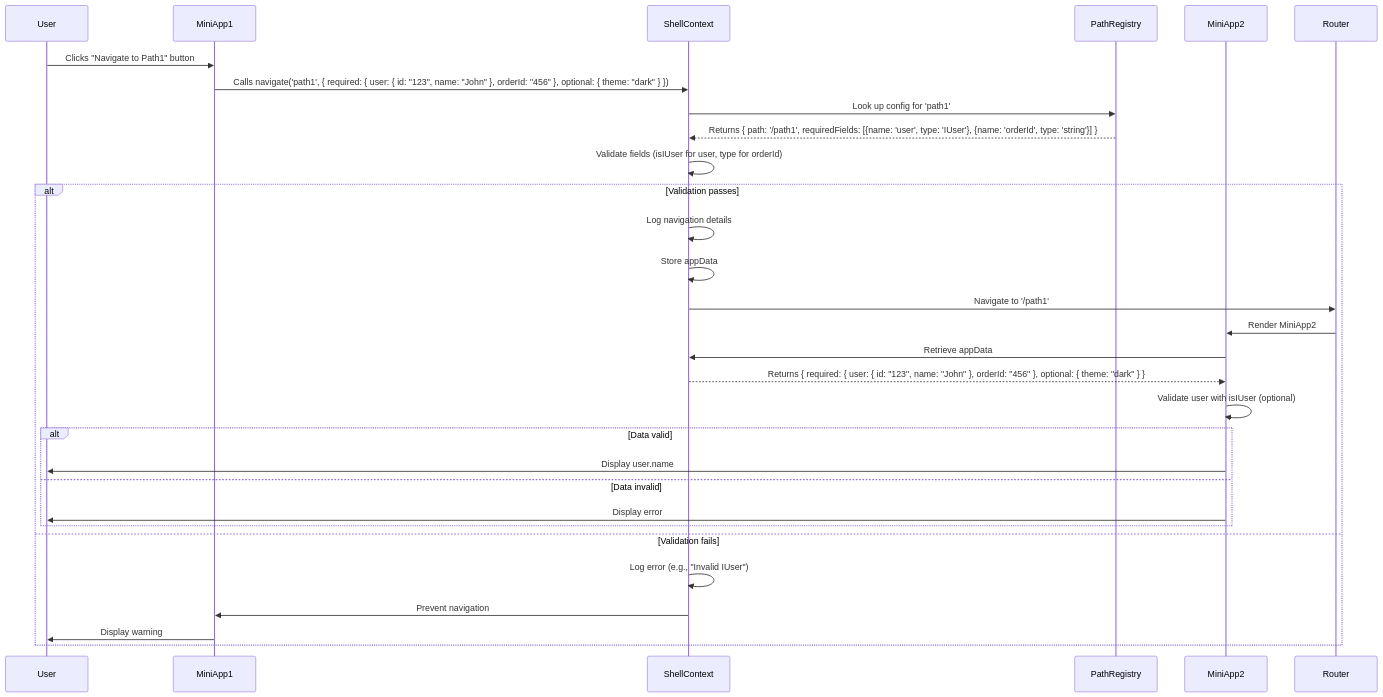
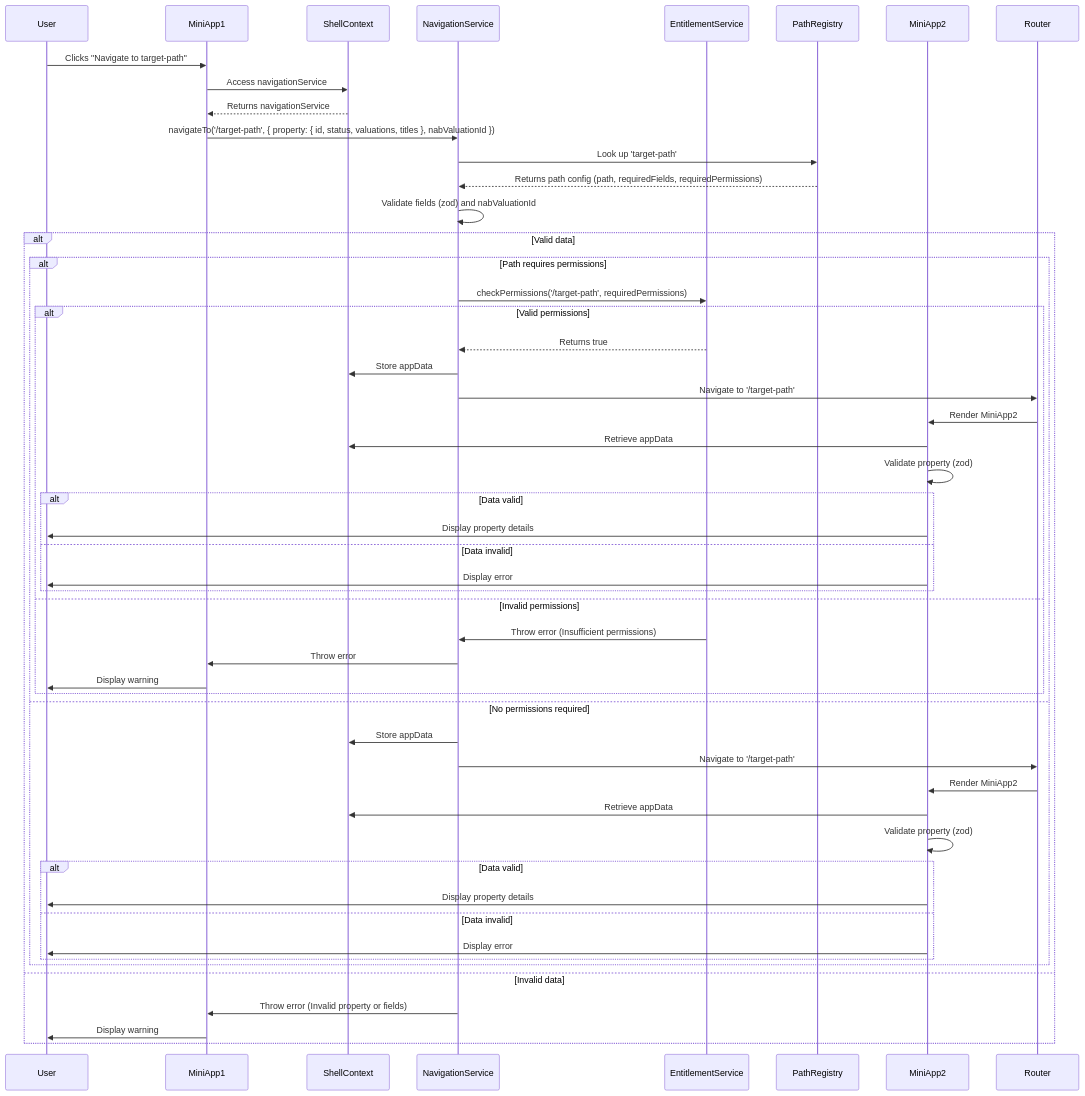
The diagram in designs/react/implement-details.md (tuankhanld49/all-docs), drawn with Mermaid before and after one commit. The commit also changed other lines of this file, not shown here.

````diff
--- a/designs/react/implement-details.md
+++ b/designs/react/implement-details.md
@@ -352,36 +11,56 @@
 ```mermaid
 sequenceDiagram
     participant User
     participant MiniApp1
     participant ShellContext
+    participant NavigationService
+    participant EntitlementService
     participant PathRegistry
     participant MiniApp2
     participant Router
 
-    User->>MiniApp1: Clicks "Navigate to Path1" button
-    MiniApp1->>ShellContext: Calls navigate('path1', { required: { user: { id: "123", name: "John" }, orderId: "456" }, optional: { theme: "dark" } })
+    User->>MiniApp1: Clicks "Navigate to target-path"
+    MiniApp1->>ShellContext: Access navigationService
+    ShellContext-->>MiniApp1: Returns navigationService
+    MiniApp1->>NavigationService: navigateTo('/target-path', { property: { id, status, valuations, titles }, nabValuationId })
     
-    ShellContext->>PathRegistry: Look up config for 'path1'
-    PathRegistry-->>ShellContext: Returns { path: '/path1', requiredFields: [{name: 'user', type: 'IUser'}, {name: 'orderId', type: 'string'}] }
-    
-    ShellContext->>ShellContext: Validate fields (isIUser for user, type for orderId)
-    alt Validation passes
-        ShellContext->>ShellContext: Log navigation details
-        ShellContext->>ShellContext: Store appData
-        ShellContext->>Router: Navigate to '/path1'
-        
-        Router->>MiniApp2: Render MiniApp2
-        MiniApp2->>ShellContext: Retrieve appData
-        ShellContext-->>MiniApp2: Returns { required: { user: { id: "123", name: "John" }, orderId: "456" }, optional: { theme: "dark" } }
-        MiniApp2->>MiniApp2: Validate user with isIUser (optional)
-        alt Data valid
-            MiniApp2->>User: Display user.name
-        else Data invalid
-            MiniApp2->>User: Display error
+    NavigationService->>PathRegistry: Look up 'target-path'
+    PathRegistry-->>NavigationService: Returns path config (path, requiredFields, requiredPermissions)
+    NavigationService->>NavigationService: Validate fields (zod) and nabValuationId
+    alt Valid data
+        alt Path requires permissions
+            NavigationService->>EntitlementService: checkPermissions('/target-path', requiredPermissions)
+            alt Valid permissions
+                EntitlementService-->>NavigationService: Returns true
+                NavigationService->>ShellContext: Store appData
+                NavigationService->>Router: Navigate to '/target-path'
+                Router->>MiniApp2: Render MiniApp2
+                MiniApp2->>ShellContext: Retrieve appData
+                MiniApp2->>MiniApp2: Validate property (zod)
+                alt Data valid
+                    MiniApp2->>User: Display property details
+                else Data invalid
+                    MiniApp2->>User: Display error
+                end
+            else Invalid permissions
+                EntitlementService->>NavigationService: Throw error (Insufficient permissions)
+                NavigationService->>MiniApp1: Throw error
+                MiniApp1->>User: Display warning
+            end
+        else No permissions required
+            NavigationService->>ShellContext: Store appData
+            NavigationService->>Router: Navigate to '/target-path'
+            Router->>MiniApp2: Render MiniApp2
+            MiniApp2->>ShellContext: Retrieve appData
+            MiniApp2->>MiniApp2: Validate property (zod)
+            alt Data valid
+                MiniApp2->>User: Display property details
+            else Data invalid
+                MiniApp2->>User: Display error
+            end
         end
-    else Validation fails
-        ShellContext->>ShellContext: Log error (e.g., "Invalid IUser")
-        ShellContext->>MiniApp1: Prevent navigation
+    else Invalid data
+        NavigationService->>MiniApp1: Throw error (Invalid property or fields)
         MiniApp1->>User: Display warning
     end
 ```
````
